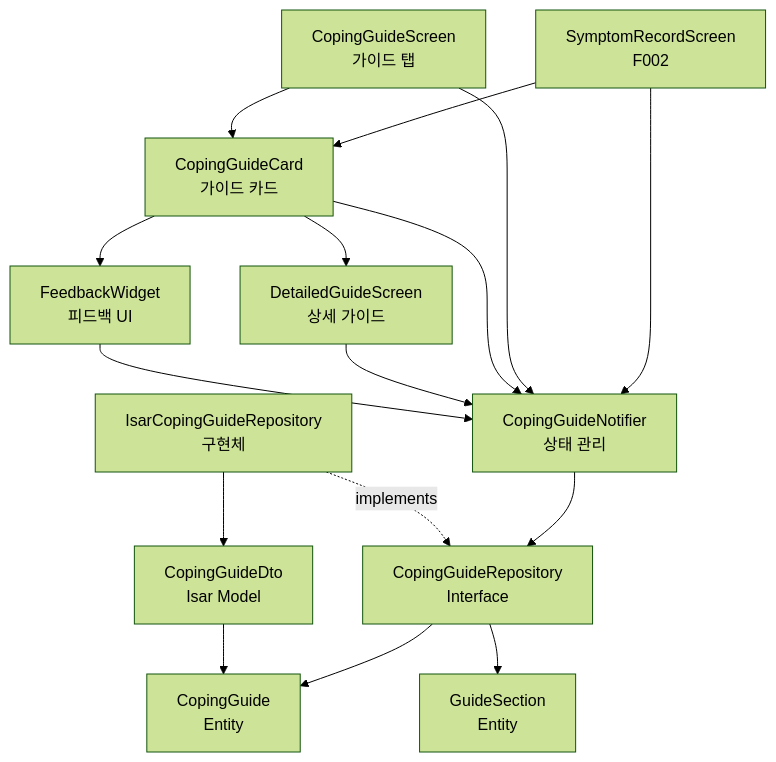
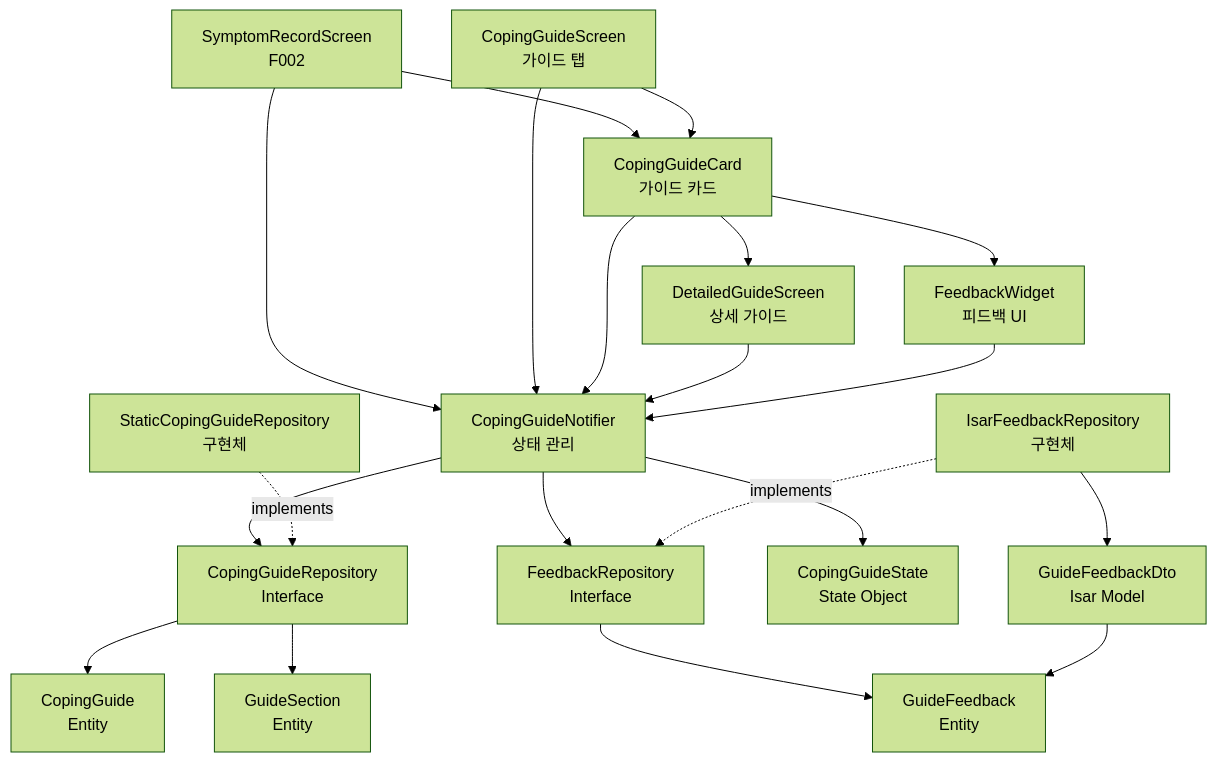
The diagram in docs/006/plan.md (pcepyon/n06), drawn with Mermaid (forest theme) before and after one commit. The commit also changed other lines of this file and 13 other files, not shown here.

````diff
--- a/docs/006/plan.md
+++ b/docs/006/plan.md
@@ -24,41 +24,49 @@
 ```mermaid
 graph TD
     %% Presentation Layer
     SymptomRecordScreen[SymptomRecordScreen<br/>F002]
     CopingGuideScreen[CopingGuideScreen<br/>가이드 탭]
     CopingGuideCard[CopingGuideCard<br/>가이드 카드]
     DetailedGuideScreen[DetailedGuideScreen<br/>상세 가이드]
     FeedbackWidget[FeedbackWidget<br/>피드백 UI]
 
     %% Application Layer
     CopingGuideNotifier[CopingGuideNotifier<br/>상태 관리]
 
     %% Domain Layer
     CopingGuideRepoInterface[CopingGuideRepository<br/>Interface]
+    FeedbackRepoInterface[FeedbackRepository<br/>Interface]
     CopingGuide[CopingGuide<br/>Entity]
     GuideSection[GuideSection<br/>Entity]
+    GuideFeedback[GuideFeedback<br/>Entity]
+    CopingGuideState[CopingGuideState<br/>State Object]
 
     %% Infrastructure Layer
-    IsarCopingGuideRepo[IsarCopingGuideRepository<br/>구현체]
-    CopingGuideDto[CopingGuideDto<br/>Isar Model]
+    StaticCopingGuideRepo[StaticCopingGuideRepository<br/>구현체]
+    IsarFeedbackRepo[IsarFeedbackRepository<br/>구현체]
+    GuideFeedbackDto[GuideFeedbackDto<br/>Isar Model]
 
     %% 관계
     SymptomRecordScreen --> CopingGuideCard
     CopingGuideScreen --> CopingGuideCard
     CopingGuideCard --> DetailedGuideScreen
     CopingGuideCard --> FeedbackWidget
 
     SymptomRecordScreen --> CopingGuideNotifier
     CopingGuideScreen --> CopingGuideNotifier
     CopingGuideCard --> CopingGuideNotifier
     DetailedGuideScreen --> CopingGuideNotifier
     FeedbackWidget --> CopingGuideNotifier
 
     CopingGuideNotifier --> CopingGuideRepoInterface
+    CopingGuideNotifier --> FeedbackRepoInterface
     CopingGuideRepoInterface --> CopingGuide
     CopingGuideRepoInterface --> GuideSection
+    FeedbackRepoInterface --> GuideFeedback
+    CopingGuideNotifier --> CopingGuideState
 
-    IsarCopingGuideRepo .->|implements| CopingGuideRepoInterface
-    IsarCopingGuideRepo --> CopingGuideDto
-    CopingGuideDto --> CopingGuide
+    StaticCopingGuideRepo .->|implements| CopingGuideRepoInterface
+    IsarFeedbackRepo .->|implements| FeedbackRepoInterface
+    IsarFeedbackRepo --> GuideFeedbackDto
+    GuideFeedbackDto --> GuideFeedback
 ```
````
